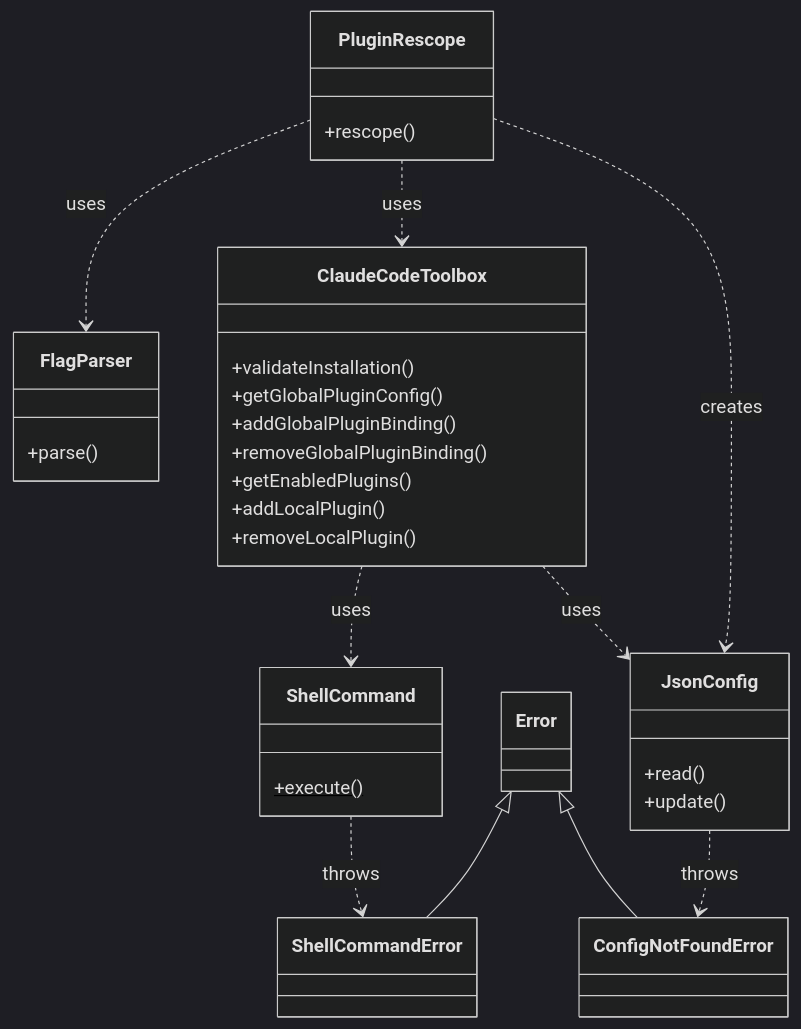
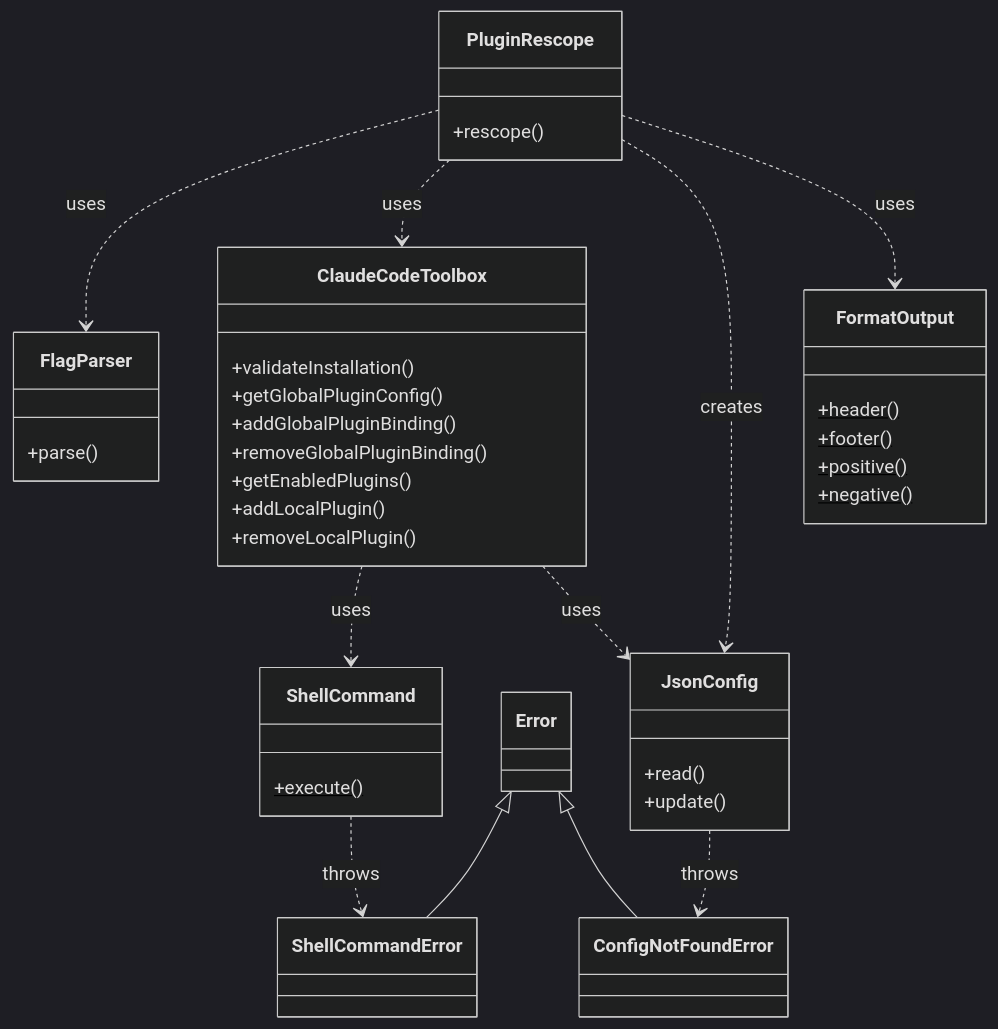
The diagram in docs/contracts/class-diagram.mmd (erdembircan/plugin-rescope), drawn with Mermaid (dark theme) before and after one commit. The commit also changed 1 other file, not shown here.

Commit message:
[DOCS]: update CI workflow and class diagram [skip ci]

```diff
--- a/docs/contracts/class-diagram.mmd
+++ b/docs/contracts/class-diagram.mmd
@@ -1,44 +1,52 @@
 classDiagram
     class PluginRescope {
         +rescope()
     }
 
     class ClaudeCodeToolbox {
         +validateInstallation()
         +getGlobalPluginConfig()
         +addGlobalPluginBinding()
         +removeGlobalPluginBinding()
         +getEnabledPlugins()
         +addLocalPlugin()
         +removeLocalPlugin()
     }
 
     class ShellCommand {
         +execute()$
     }
 
     class ShellCommandError {
     }
 
     class ConfigNotFoundError {
     }
 
     Error <|-- ShellCommandError
     Error <|-- ConfigNotFoundError
 
     class JsonConfig {
         +read()
         +update()
     }
 
     class FlagParser {
         +parse()
     }
 
+    class FormatOutput {
+        +header()$
+        +footer()$
+        +positive()$
+        +negative()$
+    }
+
     PluginRescope ..> FlagParser : uses
     PluginRescope ..> ClaudeCodeToolbox : uses
     PluginRescope ..> JsonConfig : creates
     ClaudeCodeToolbox ..> ShellCommand : uses
     ClaudeCodeToolbox ..> JsonConfig : uses
     ShellCommand ..> ShellCommandError : throws
     JsonConfig ..> ConfigNotFoundError : throws
+    PluginRescope ..> FormatOutput : uses
```
